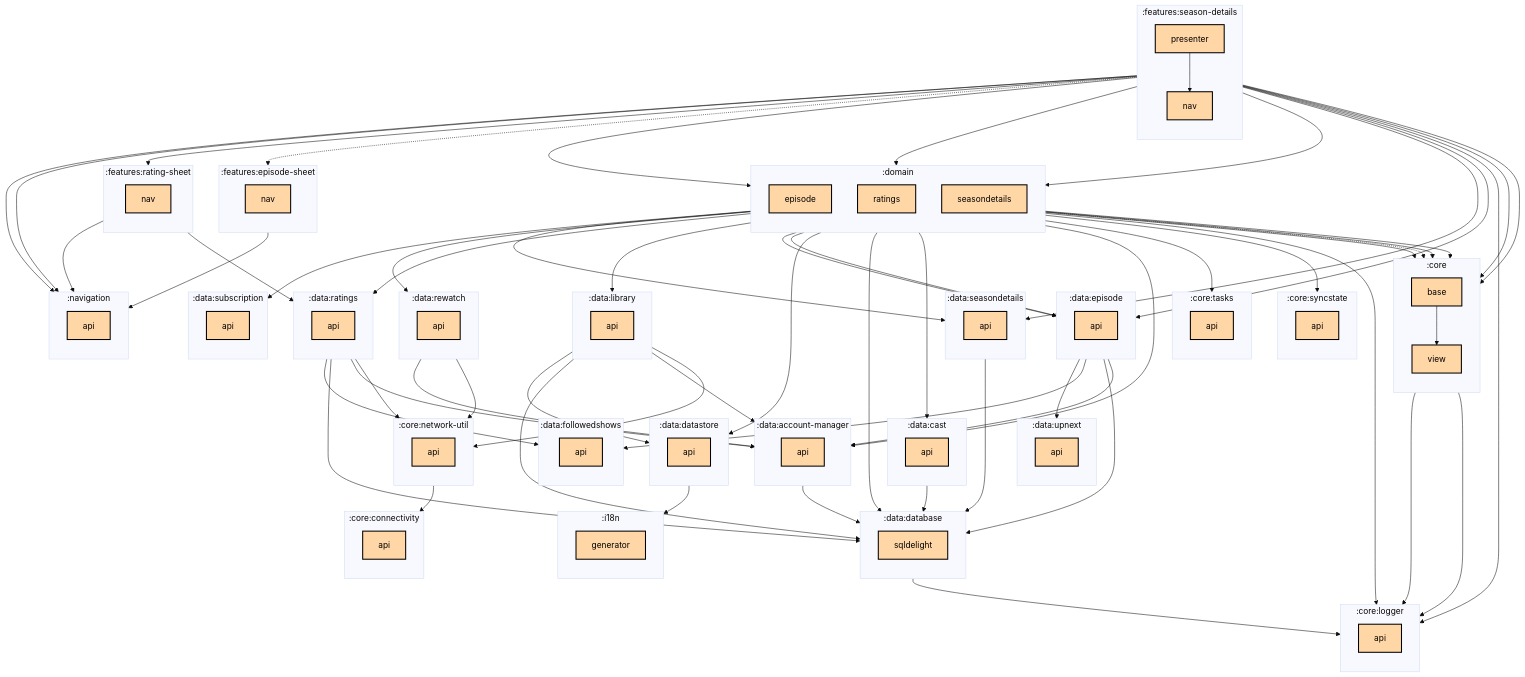
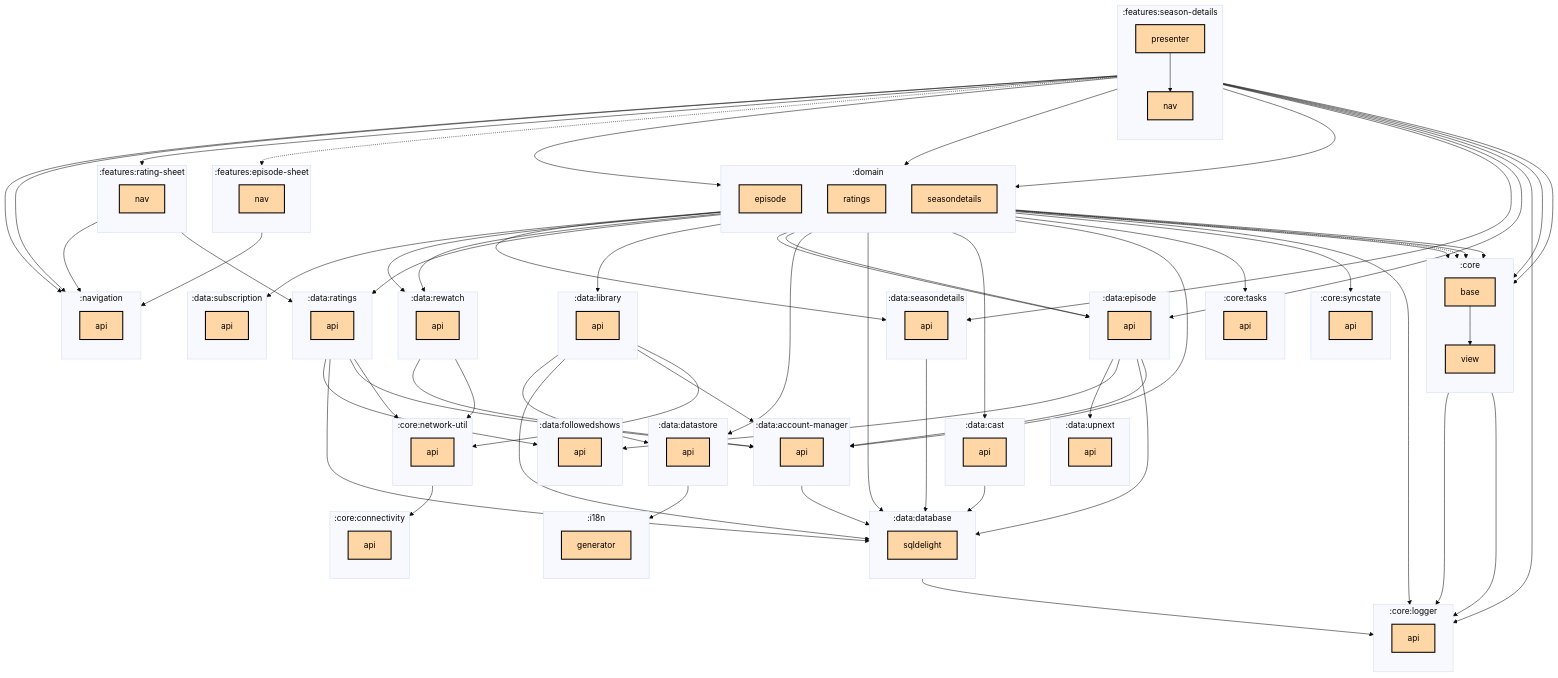
The first of 2 diagrams in features/season-details/presenter/README.md (thomaskioko/tv-maniac), drawn with Mermaid (base theme) before and after one commit. The commit also changed 4 other files, not shown here.

Commit message:
Regenerate the module graphs for the season rewatch edge

```diff
--- a/features/season-details/presenter/README.md
+++ b/features/season-details/presenter/README.md
@@ -146,6 +146,7 @@
   :domain:seasondetails --> :core:base
   :domain:seasondetails --> :data:cast:api
   :domain:seasondetails --> :data:episode:api
+  :domain:seasondetails --> :data:rewatch:api
   :domain:seasondetails --> :data:seasondetails:api
   :features:episode-sheet:nav --> :navigation:api
   :features:rating-sheet:nav --> :data:ratings:api
```
